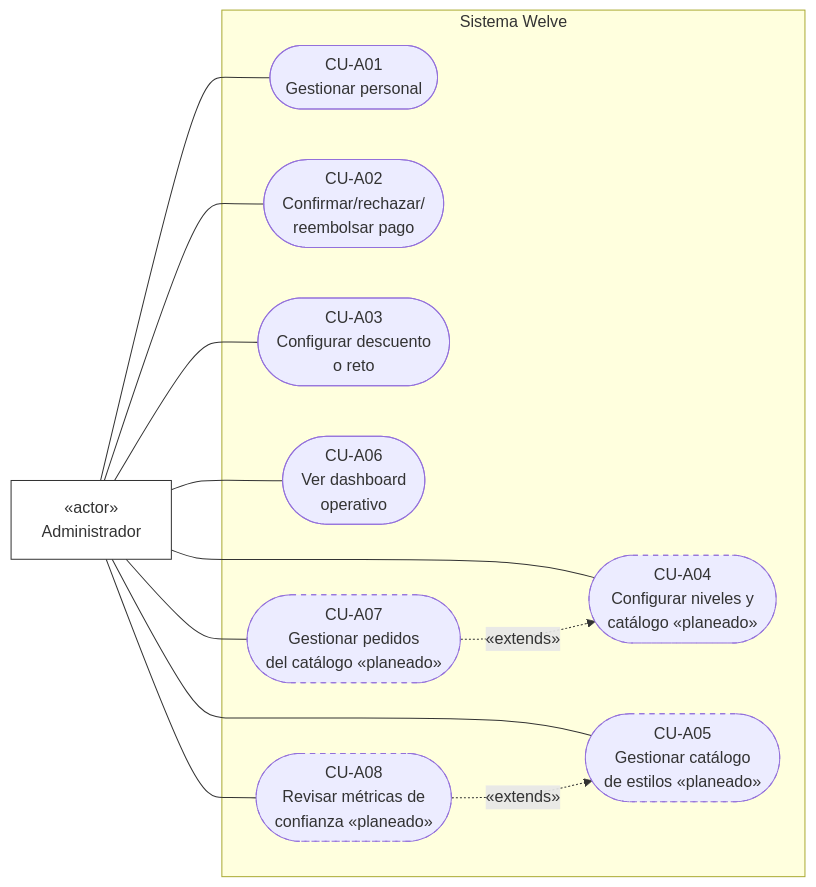
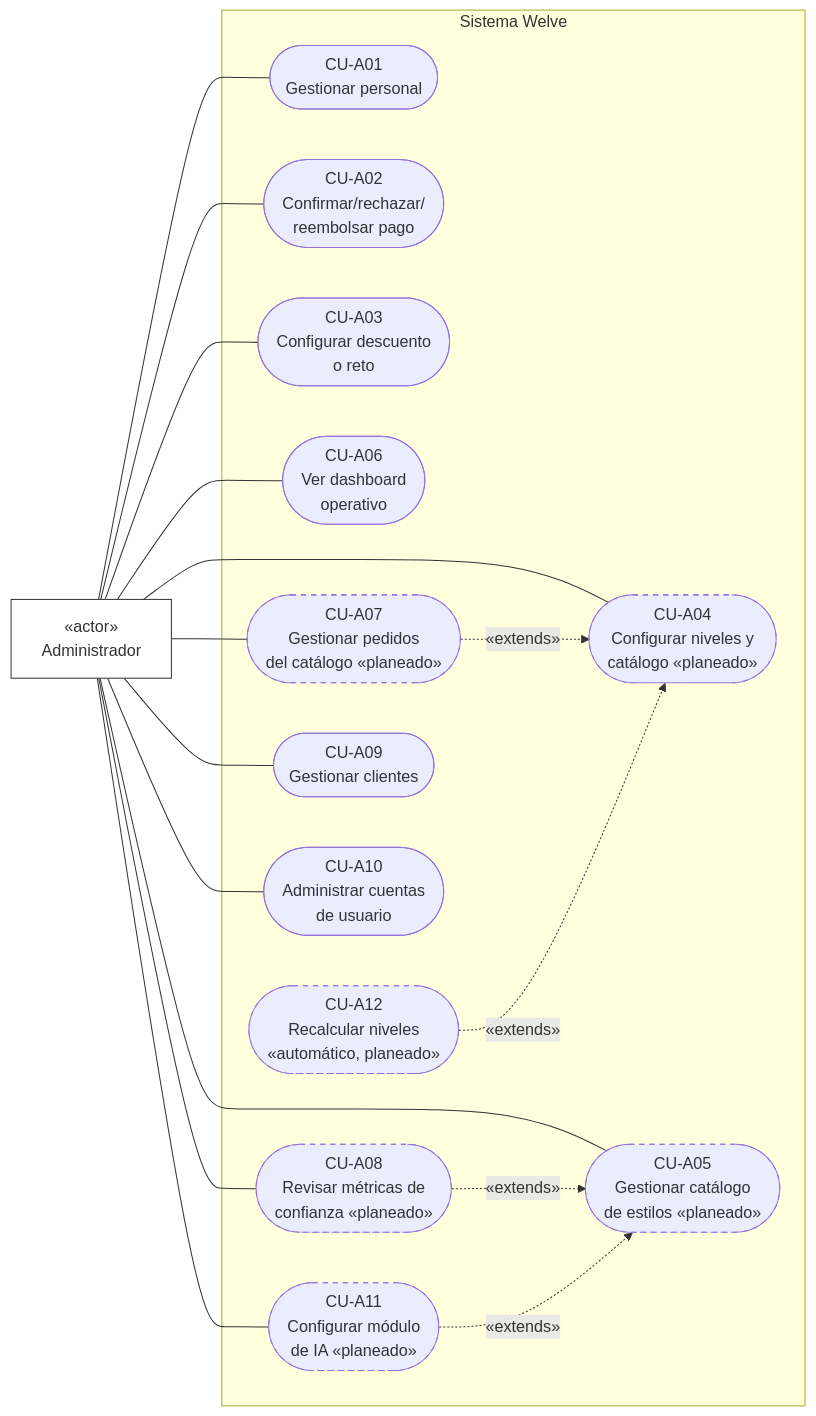
Before and after one commit to Alezzandromv/welve: the third of 3 diagrams in docs/tesis/02_CASOS_DE_USO_UML.md, drawn with Mermaid. The commit also changed other lines of this file and 7 other files, not shown here.

````diff
--- a/docs/tesis/02_CASOS_DE_USO_UML.md
+++ b/docs/tesis/02_CASOS_DE_USO_UML.md
@@ -88,33 +112,42 @@
 ```mermaid
 flowchart LR
     Admin["«actor»<br/>Administrador"]
 
     subgraph SistemaA["Sistema Welve"]
         CUA01(["CU-A01<br/>Gestionar personal"])
         CUA02(["CU-A02<br/>Confirmar/rechazar/<br/>reembolsar pago"])
         CUA03(["CU-A03<br/>Configurar descuento<br/>o reto"])
         CUA04(["CU-A04<br/>Configurar niveles y<br/>catálogo «planeado»"])
         CUA05(["CU-A05<br/>Gestionar catálogo<br/>de estilos «planeado»"])
         CUA06(["CU-A06<br/>Ver dashboard<br/>operativo"])
         CUA07(["CU-A07<br/>Gestionar pedidos<br/>del catálogo «planeado»"])
         CUA08(["CU-A08<br/>Revisar métricas de<br/>confianza «planeado»"])
+        CUA09(["CU-A09<br/>Gestionar clientes"])
+        CUA10(["CU-A10<br/>Administrar cuentas<br/>de usuario"])
+        CUA11(["CU-A11<br/>Configurar módulo<br/>de IA «planeado»"])
+        CUA12(["CU-A12<br/>Recalcular niveles<br/>«automático, planeado»"])
     end
 
     Admin --- CUA01
     Admin --- CUA02
     Admin --- CUA03
     Admin --- CUA04
     Admin --- CUA05
     Admin --- CUA06
     Admin --- CUA07
     Admin --- CUA08
+    Admin --- CUA09
+    Admin --- CUA10
+    Admin --- CUA11
 
     CUA07 -. "«extends»" .-> CUA04
     CUA08 -. "«extends»" .-> CUA05
+    CUA11 -. "«extends»" .-> CUA05
+    CUA12 -. "«extends»" .-> CUA04
 
     classDef actor fill:#fff,stroke:#333,stroke-width:1px
     class Admin actor
 
     classDef planeado stroke-dasharray: 5 5
-    class CUA04,CUA05,CUA07,CUA08 planeado
+    class CUA04,CUA05,CUA07,CUA08,CUA11,CUA12 planeado
 ```
````
